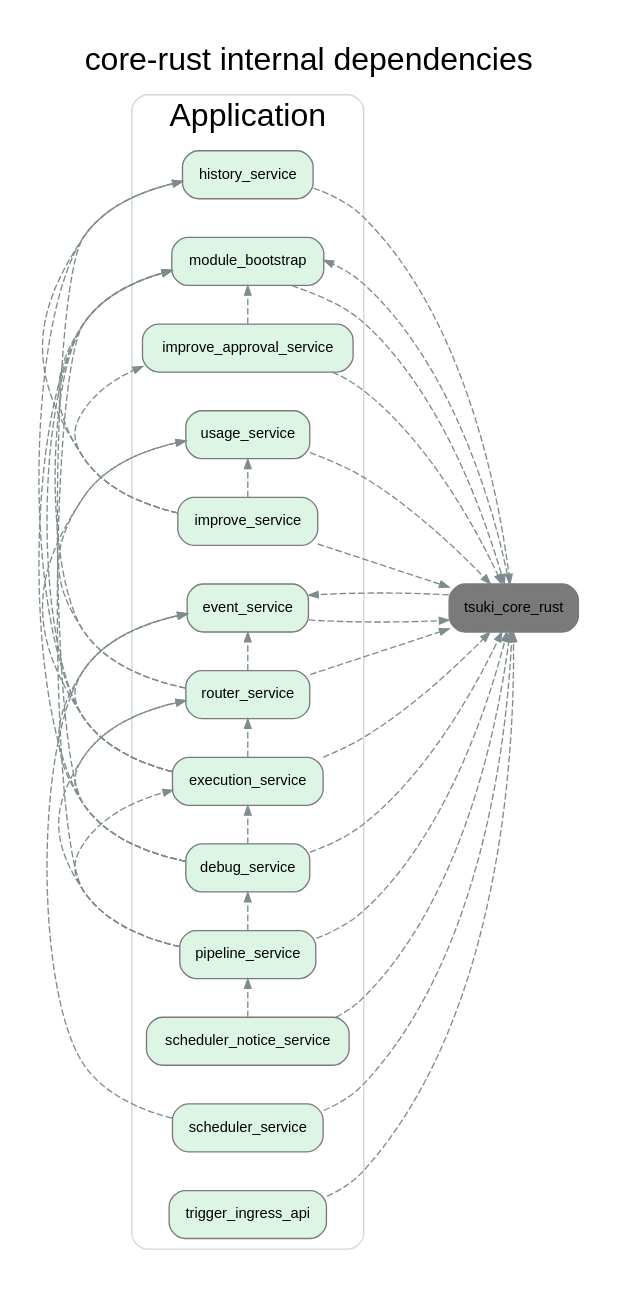
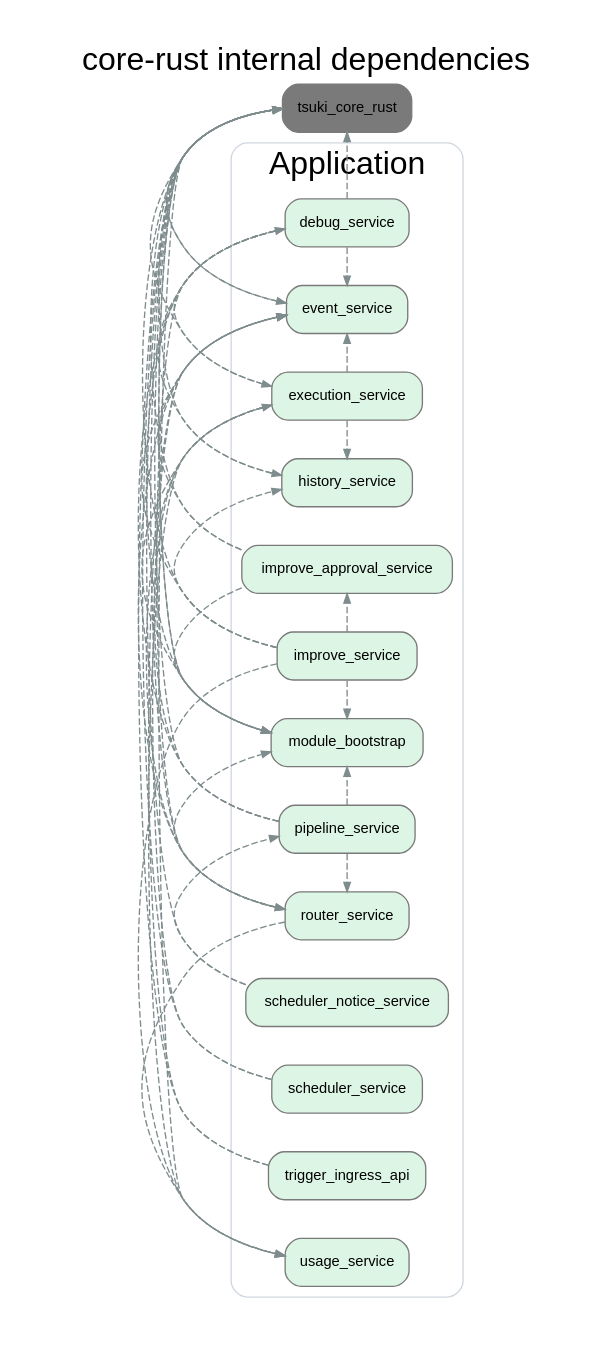
The diagram in docs/20260307_core-rust-application-dependencies.dot (kinoh/Tsuki), drawn with Graphviz before and after one commit. The commit also changed 3 other files, not shown here.

Commit message:
docs(core-rust): refresh dependency graphs after state and contract boundary refactors so the diagrams match the current module structure

```diff
--- a/docs/20260307_core-rust-application-dependencies.dot
+++ b/docs/20260307_core-rust-application-dependencies.dot
@@ -1,66 +1,69 @@
 digraph {
     graph [rankdir=LR, newrank=true, concentrate=true, ranksep=1.0, nodesep=0.4, pad=0.3, fontname="Helvetica", fontsize="24", label="core-rust internal dependencies", labelloc=t];
     node [shape=box, style="rounded,filled", fontname="Helvetica", fontsize="11", color="#7a7a7a", penwidth=1.0, margin="0.10,0.06"];
     edge [color="#7f8c8d", arrowsize=0.7, penwidth=1.0, fontname="Helvetica", fontsize="9"];
 
     subgraph cluster_application {
         label="Application";
         color="#d0d7de";
         penwidth=1.0;
         style="rounded";
         rank=same;
         "tsuki_core_rust::application::debug_service" [label="debug_service", fillcolor="#dcf5e4"];
         "tsuki_core_rust::application::event_service" [label="event_service", fillcolor="#dcf5e4"];
         "tsuki_core_rust::application::execution_service" [label="execution_service", fillcolor="#dcf5e4"];
         "tsuki_core_rust::application::history_service" [label="history_service", fillcolor="#dcf5e4"];
         "tsuki_core_rust::application::improve_approval_service" [label="improve_approval_service", fillcolor="#dcf5e4"];
         "tsuki_core_rust::application::improve_service" [label="improve_service", fillcolor="#dcf5e4"];
         "tsuki_core_rust::application::module_bootstrap" [label="module_bootstrap", fillcolor="#dcf5e4"];
         "tsuki_core_rust::application::pipeline_service" [label="pipeline_service", fillcolor="#dcf5e4"];
         "tsuki_core_rust::application::router_service" [label="router_service", fillcolor="#dcf5e4"];
         "tsuki_core_rust::application::scheduler_notice_service" [label="scheduler_notice_service", fillcolor="#dcf5e4"];
         "tsuki_core_rust::application::scheduler_service" [label="scheduler_service", fillcolor="#dcf5e4"];
         "tsuki_core_rust::application::trigger_ingress_api" [label="trigger_ingress_api", fillcolor="#dcf5e4"];
         "tsuki_core_rust::application::usage_service" [label="usage_service", fillcolor="#dcf5e4"];
     }
 
-    "tsuki_core_rust" -> "tsuki_core_rust::application::event_service" [style="dashed", constraint=true];
-    "tsuki_core_rust" -> "tsuki_core_rust::application::module_bootstrap" [style="dashed", constraint=true];
-    "tsuki_core_rust::application::debug_service" -> "tsuki_core_rust" [style="dashed", constraint=true];
-    "tsuki_core_rust::application::debug_service" -> "tsuki_core_rust::application::event_service" [style="dashed", constraint=true];
-    "tsuki_core_rust::application::debug_service" -> "tsuki_core_rust::application::execution_service" [style="dashed", constraint=true];
-    "tsuki_core_rust::application::debug_service" -> "tsuki_core_rust::application::history_service" [style="dashed", constraint=true];
-    "tsuki_core_rust::application::debug_service" -> "tsuki_core_rust::application::module_bootstrap" [style="dashed", constraint=true];
-    "tsuki_core_rust::application::debug_service" -> "tsuki_core_rust::application::router_service" [style="dashed", constraint=true];
-    "tsuki_core_rust::application::event_service" -> "tsuki_core_rust" [style="dashed", constraint=true];
-    "tsuki_core_rust::application::execution_service" -> "tsuki_core_rust" [style="dashed", constraint=true];
-    "tsuki_core_rust::application::execution_service" -> "tsuki_core_rust::application::event_service" [style="dashed", constraint=true];
-    "tsuki_core_rust::application::execution_service" -> "tsuki_core_rust::application::history_service" [style="dashed", constraint=true];
-    "tsuki_core_rust::application::execution_service" -> "tsuki_core_rust::application::module_bootstrap" [style="dashed", constraint=true];
-    "tsuki_core_rust::application::execution_service" -> "tsuki_core_rust::application::router_service" [style="dashed", constraint=true];
-    "tsuki_core_rust::application::execution_service" -> "tsuki_core_rust::application::usage_service" [style="dashed", constraint=true];
-    "tsuki_core_rust::application::history_service" -> "tsuki_core_rust" [style="dashed", constraint=true];
-    "tsuki_core_rust::application::improve_approval_service" -> "tsuki_core_rust" [style="dashed", constraint=true];
-    "tsuki_core_rust::application::improve_approval_service" -> "tsuki_core_rust::application::module_bootstrap" [style="dashed", constraint=true];
-    "tsuki_core_rust::application::improve_service" -> "tsuki_core_rust" [style="dashed", constraint=true];
-    "tsuki_core_rust::application::improve_service" -> "tsuki_core_rust::application::history_service" [style="dashed", constraint=true];
-    "tsuki_core_rust::application::improve_service" -> "tsuki_core_rust::application::improve_approval_service" [style="dashed", constraint=true];
-    "tsuki_core_rust::application::improve_service" -> "tsuki_core_rust::application::module_bootstrap" [style="dashed", constraint=true];
-    "tsuki_core_rust::application::improve_service" -> "tsuki_core_rust::application::usage_service" [style="dashed", constraint=true];
-    "tsuki_core_rust::application::module_bootstrap" -> "tsuki_core_rust" [style="dashed", constraint=true];
-    "tsuki_core_rust::application::pipeline_service" -> "tsuki_core_rust" [style="dashed", constraint=true];
-    "tsuki_core_rust::application::pipeline_service" -> "tsuki_core_rust::application::debug_service" [style="dashed", constraint=true];
-    "tsuki_core_rust::application::pipeline_service" -> "tsuki_core_rust::application::execution_service" [style="dashed", constraint=true];
-    "tsuki_core_rust::application::pipeline_service" -> "tsuki_core_rust::application::module_bootstrap" [style="dashed", constraint=true];
-    "tsuki_core_rust::application::pipeline_service" -> "tsuki_core_rust::application::router_service" [style="dashed", constraint=true];
-    "tsuki_core_rust::application::router_service" -> "tsuki_core_rust" [style="dashed", constraint=true];
-    "tsuki_core_rust::application::router_service" -> "tsuki_core_rust::application::event_service" [style="dashed", constraint=true];
-    "tsuki_core_rust::application::router_service" -> "tsuki_core_rust::application::module_bootstrap" [style="dashed", constraint=true];
-    "tsuki_core_rust::application::router_service" -> "tsuki_core_rust::application::usage_service" [style="dashed", constraint=true];
-    "tsuki_core_rust::application::scheduler_notice_service" -> "tsuki_core_rust" [style="dashed", constraint=true];
-    "tsuki_core_rust::application::scheduler_notice_service" -> "tsuki_core_rust::application::pipeline_service" [style="dashed", constraint=true];
-    "tsuki_core_rust::application::scheduler_service" -> "tsuki_core_rust" [style="dashed", constraint=true];
-    "tsuki_core_rust::application::scheduler_service" -> "tsuki_core_rust::application::event_service" [style="dashed", constraint=true];
-    "tsuki_core_rust::application::trigger_ingress_api" -> "tsuki_core_rust" [style="dashed", constraint=true];
-    "tsuki_core_rust::application::usage_service" -> "tsuki_core_rust" [style="dashed", constraint=true];
+    "tsuki_core_rust" -> "tsuki_core_rust::application::event_service" [style="dashed", constraint=false];
+    "tsuki_core_rust" -> "tsuki_core_rust::application::module_bootstrap" [style="dashed", constraint=false];
+    "tsuki_core_rust::application::debug_service" -> "tsuki_core_rust" [style="dashed", constraint=false];
+    "tsuki_core_rust::application::debug_service" -> "tsuki_core_rust::application::event_service" [style="dashed", constraint=false];
+    "tsuki_core_rust::application::debug_service" -> "tsuki_core_rust::application::execution_service" [style="dashed", constraint=false];
+    "tsuki_core_rust::application::debug_service" -> "tsuki_core_rust::application::history_service" [style="dashed", constraint=false];
+    "tsuki_core_rust::application::debug_service" -> "tsuki_core_rust::application::module_bootstrap" [style="dashed", constraint=false];
+    "tsuki_core_rust::application::debug_service" -> "tsuki_core_rust::application::router_service" [style="dashed", constraint=false];
+    "tsuki_core_rust::application::event_service" -> "tsuki_core_rust" [style="dashed", constraint=false];
+    "tsuki_core_rust::application::execution_service" -> "tsuki_core_rust" [style="dashed", constraint=false];
+    "tsuki_core_rust::application::execution_service" -> "tsuki_core_rust::application::event_service" [style="dashed", constraint=false];
+    "tsuki_core_rust::application::execution_service" -> "tsuki_core_rust::application::history_service" [style="dashed", constraint=false];
+    "tsuki_core_rust::application::execution_service" -> "tsuki_core_rust::application::module_bootstrap" [style="dashed", constraint=false];
+    "tsuki_core_rust::application::execution_service" -> "tsuki_core_rust::application::router_service" [style="dashed", constraint=false];
+    "tsuki_core_rust::application::execution_service" -> "tsuki_core_rust::application::usage_service" [style="dashed", constraint=false];
+    "tsuki_core_rust::application::history_service" -> "tsuki_core_rust" [style="dashed", constraint=false];
+    "tsuki_core_rust::application::improve_approval_service" -> "tsuki_core_rust" [style="dashed", constraint=false];
+    "tsuki_core_rust::application::improve_approval_service" -> "tsuki_core_rust::application::event_service" [style="dashed", constraint=false];
+    "tsuki_core_rust::application::improve_approval_service" -> "tsuki_core_rust::application::module_bootstrap" [style="dashed", constraint=false];
+    "tsuki_core_rust::application::improve_service" -> "tsuki_core_rust" [style="dashed", constraint=false];
+    "tsuki_core_rust::application::improve_service" -> "tsuki_core_rust::application::event_service" [style="dashed", constraint=false];
+    "tsuki_core_rust::application::improve_service" -> "tsuki_core_rust::application::history_service" [style="dashed", constraint=false];
+    "tsuki_core_rust::application::improve_service" -> "tsuki_core_rust::application::improve_approval_service" [style="dashed", constraint=false];
+    "tsuki_core_rust::application::improve_service" -> "tsuki_core_rust::application::module_bootstrap" [style="dashed", constraint=false];
+    "tsuki_core_rust::application::improve_service" -> "tsuki_core_rust::application::usage_service" [style="dashed", constraint=false];
+    "tsuki_core_rust::application::module_bootstrap" -> "tsuki_core_rust" [style="dashed", constraint=false];
+    "tsuki_core_rust::application::pipeline_service" -> "tsuki_core_rust" [style="dashed", constraint=false];
+    "tsuki_core_rust::application::pipeline_service" -> "tsuki_core_rust::application::debug_service" [style="dashed", constraint=false];
+    "tsuki_core_rust::application::pipeline_service" -> "tsuki_core_rust::application::execution_service" [style="dashed", constraint=false];
+    "tsuki_core_rust::application::pipeline_service" -> "tsuki_core_rust::application::module_bootstrap" [style="dashed", constraint=false];
+    "tsuki_core_rust::application::pipeline_service" -> "tsuki_core_rust::application::router_service" [style="dashed", constraint=false];
+    "tsuki_core_rust::application::router_service" -> "tsuki_core_rust" [style="dashed", constraint=false];
+    "tsuki_core_rust::application::router_service" -> "tsuki_core_rust::application::event_service" [style="dashed", constraint=false];
+    "tsuki_core_rust::application::router_service" -> "tsuki_core_rust::application::module_bootstrap" [style="dashed", constraint=false];
+    "tsuki_core_rust::application::router_service" -> "tsuki_core_rust::application::usage_service" [style="dashed", constraint=false];
+    "tsuki_core_rust::application::scheduler_notice_service" -> "tsuki_core_rust" [style="dashed", constraint=false];
+    "tsuki_core_rust::application::scheduler_notice_service" -> "tsuki_core_rust::application::pipeline_service" [style="dashed", constraint=false];
+    "tsuki_core_rust::application::scheduler_service" -> "tsuki_core_rust" [style="dashed", constraint=false];
+    "tsuki_core_rust::application::scheduler_service" -> "tsuki_core_rust::application::event_service" [style="dashed", constraint=false];
+    "tsuki_core_rust::application::trigger_ingress_api" -> "tsuki_core_rust" [style="dashed", constraint=false];
+    "tsuki_core_rust::application::trigger_ingress_api" -> "tsuki_core_rust::application::event_service" [style="dashed", constraint=false];
+    "tsuki_core_rust::application::usage_service" -> "tsuki_core_rust" [style="dashed", constraint=false];
 }
```
